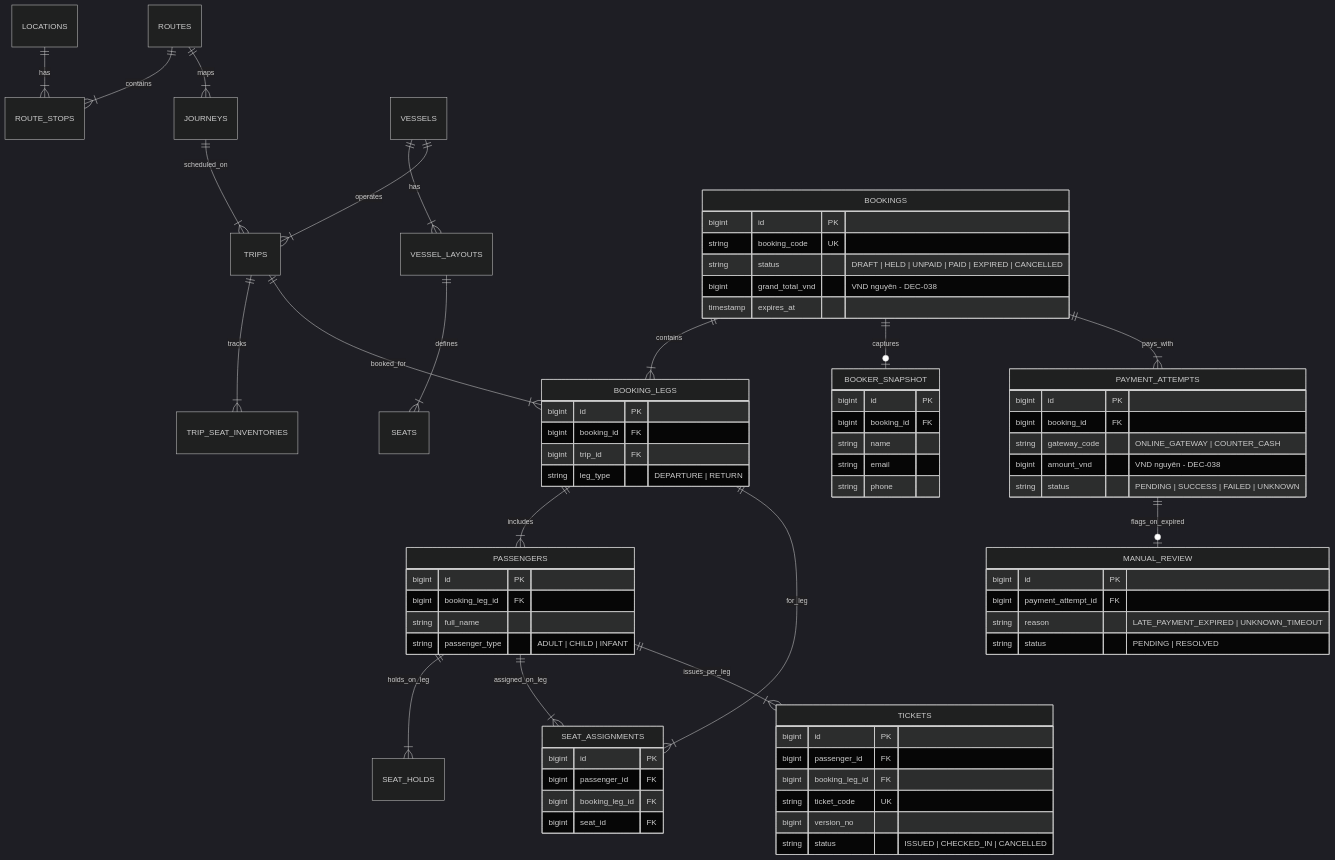
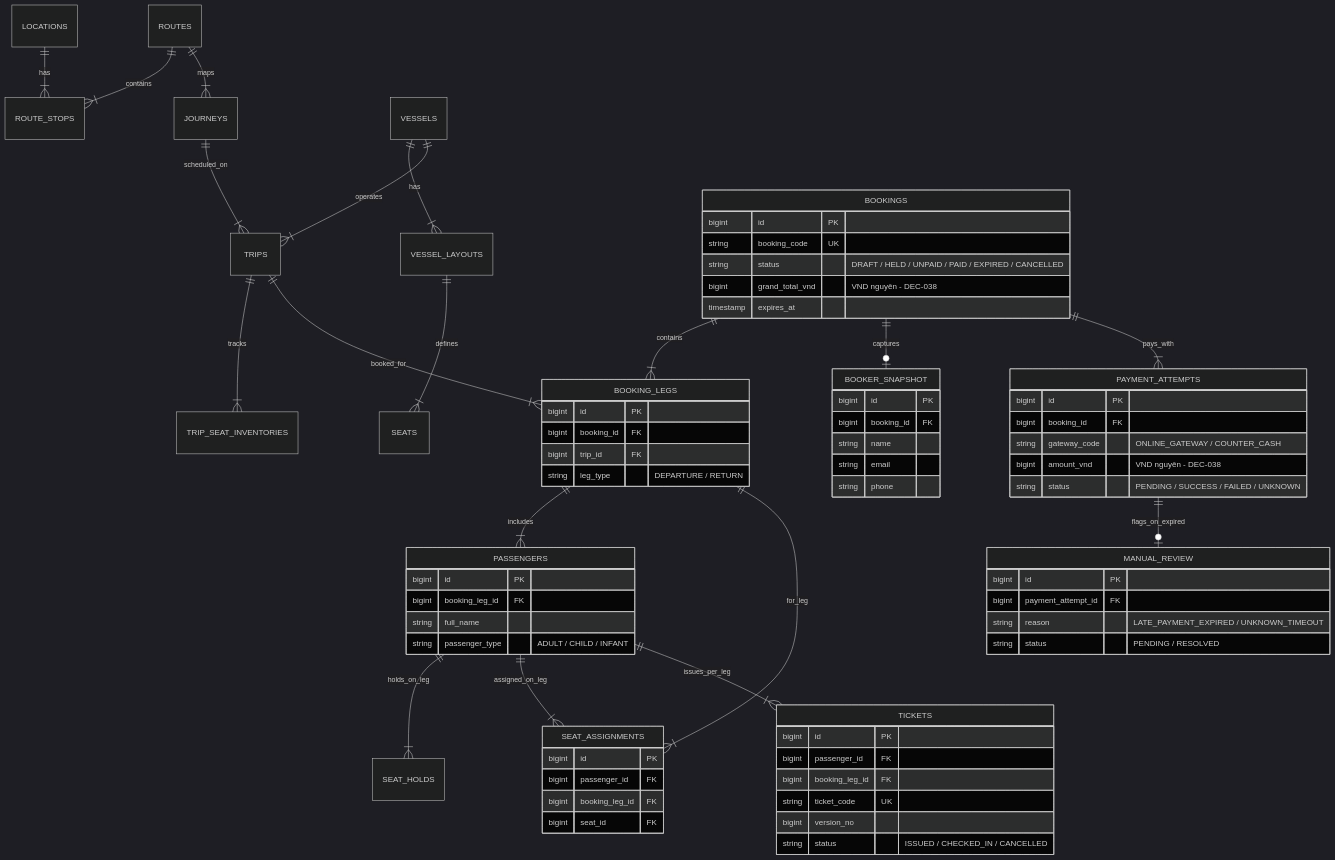
The diagram in content/docs/chuong-00-tong-quan-nghiep-vu-kien-truc/04-erd-database-design-va-41-decisions.mdx (tomone2kd000-ux/superdong-booking-system), drawn with Mermaid (dark theme) before and after one commit. The commit also changed 17 other files, not shown here.

Commit message:
fix: resolve Mermaid erDiagram syntax warnings across all MDX files

````diff
--- a/content/docs/chuong-00-tong-quan-nghiep-vu-kien-truc/04-erd-database-design-va-41-decisions.mdx
+++ b/content/docs/chuong-00-tong-quan-nghiep-vu-kien-truc/04-erd-database-design-va-41-decisions.mdx
@@ -25,7 +25,7 @@
     TRIPS ||--|{ TRIP_SEAT_INVENTORIES : tracks
 
     BOOKINGS ||--|{ BOOKING_LEGS : contains
-    BOOKINGS ||--o| BOOKER_SNAPSHOT : captures
+    BOOKINGS ||--o| BOOKER_SNAPSHOT : "captures"
     TRIPS ||--|{ BOOKING_LEGS : booked_for
     BOOKING_LEGS ||--|{ PASSENGERS : includes
     
@@ -35,12 +35,12 @@
     PASSENGERS ||--|{ TICKETS : issues_per_leg
     
     BOOKINGS ||--|{ PAYMENT_ATTEMPTS : pays_with
-    PAYMENT_ATTEMPTS ||--o| MANUAL_REVIEW : flags_on_expired
+    PAYMENT_ATTEMPTS ||--o| MANUAL_REVIEW : "flags_on_expired"
 
     BOOKINGS {
         bigint id PK
         string booking_code UK
-        string status "DRAFT | HELD | UNPAID | PAID | EXPIRED | CANCELLED"
+        string status "DRAFT / HELD / UNPAID / PAID / EXPIRED / CANCELLED"
         bigint grand_total_vnd "VND nguyên - DEC-038"
         timestamp expires_at
     }
@@ -57,14 +57,14 @@
         bigint id PK
         bigint booking_id FK
         bigint trip_id FK
-        string leg_type "DEPARTURE | RETURN"
+        string leg_type "DEPARTURE / RETURN"
     }
 
     PASSENGERS {
         bigint id PK
         bigint booking_leg_id FK
         string full_name
-        string passenger_type "ADULT | CHILD | INFANT"
+        string passenger_type "ADULT / CHILD / INFANT"
     }
 
     SEAT_ASSIGNMENTS {
@@ -80,21 +80,21 @@
         bigint booking_leg_id FK
         string ticket_code UK
         bigint version_no
-        string status "ISSUED | CHECKED_IN | CANCELLED"
+        string status "ISSUED / CHECKED_IN / CANCELLED"
     }
 
     PAYMENT_ATTEMPTS {
         bigint id PK
         bigint booking_id FK
-        string gateway_code "ONLINE_GATEWAY | COUNTER_CASH"
+        string gateway_code "ONLINE_GATEWAY / COUNTER_CASH"
         bigint amount_vnd "VND nguyên - DEC-038"
-        string status "PENDING | SUCCESS | FAILED | UNKNOWN"
+        string status "PENDING / SUCCESS / FAILED / UNKNOWN"
     }
 
     MANUAL_REVIEW {
         bigint id PK
         bigint payment_attempt_id FK
-        string reason "LATE_PAYMENT_EXPIRED | UNKNOWN_TIMEOUT"
-        string status "PENDING | RESOLVED"
+        string reason "LATE_PAYMENT_EXPIRED / UNKNOWN_TIMEOUT"
+        string status "PENDING / RESOLVED"
     }
 ```
````
